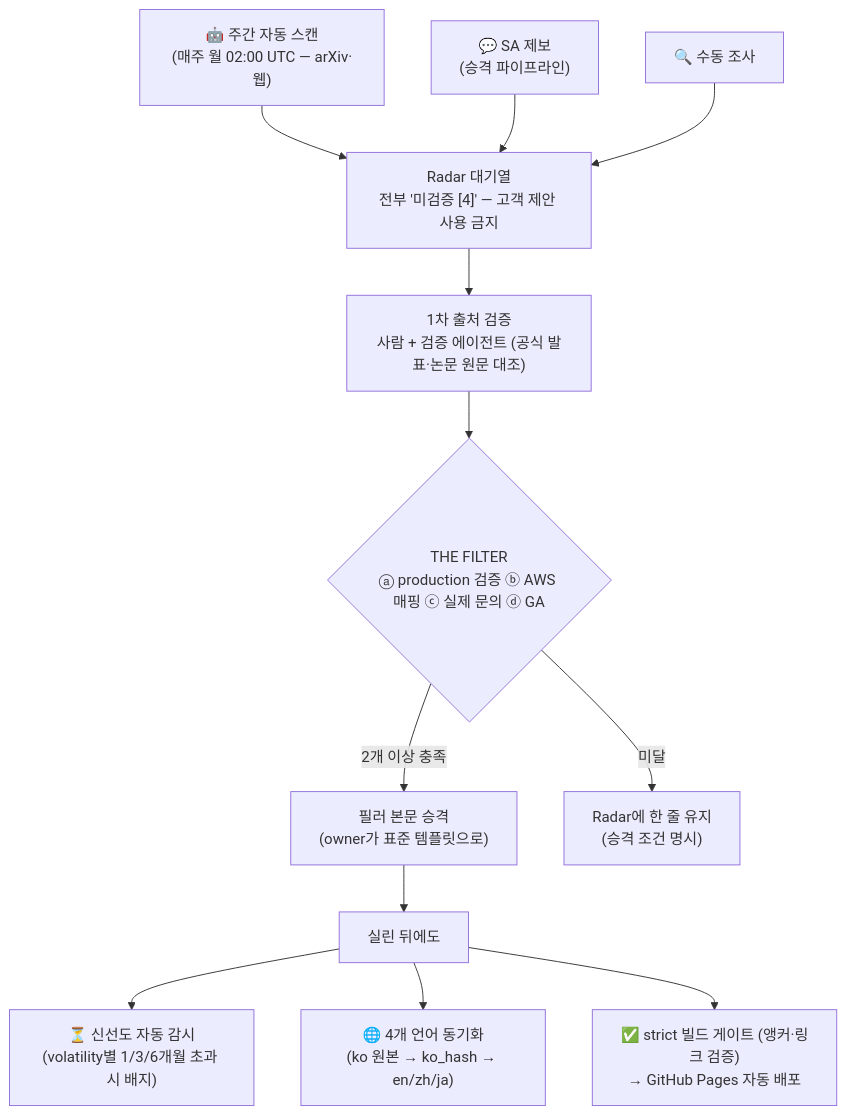
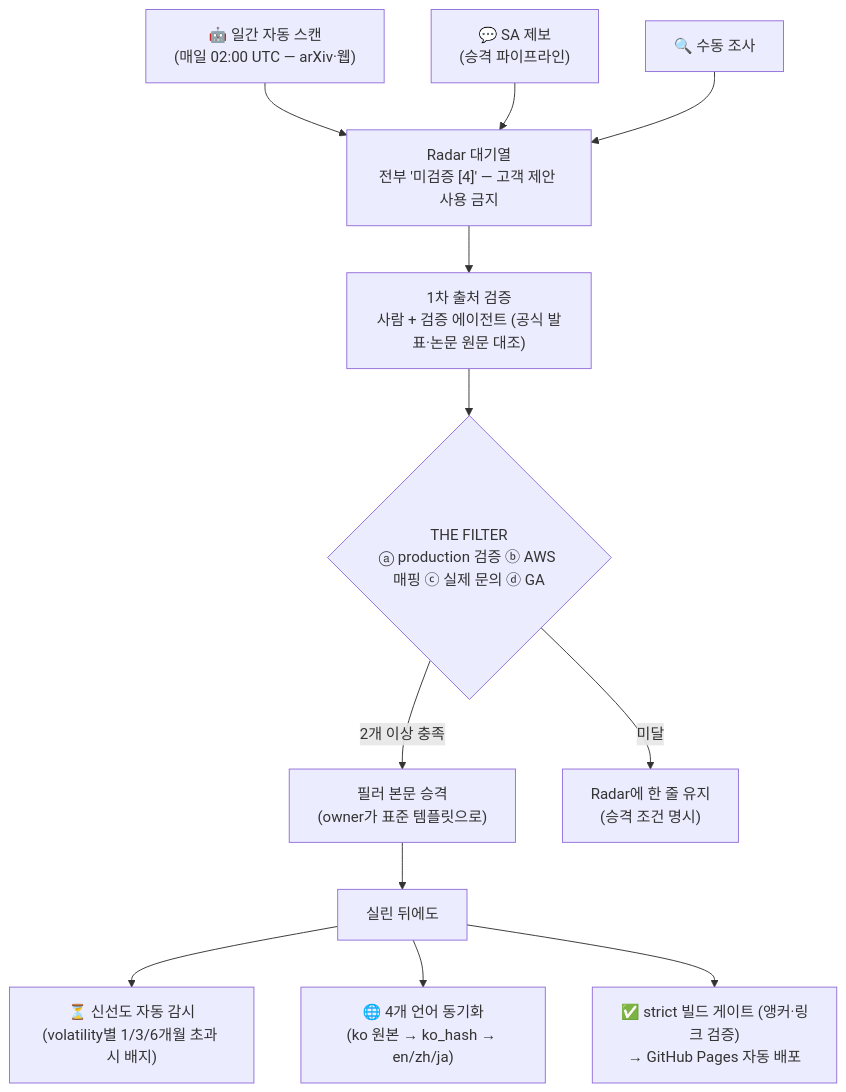
The diagram in docs/guide.md (comeddy/pai-playbook), drawn with Mermaid before and after one commit. The commit also changed other lines of this file and 4 other files, not shown here.

````diff
--- a/docs/guide.md
+++ b/docs/guide.md
@@ -12,14 +12,14 @@
 ```mermaid
 graph TD
-    A1["🤖 주간 자동 스캔<br>(매주 월 02:00 UTC — arXiv·웹)"] --> R
+    A1["🤖 일간 자동 스캔<br>(매일 02:00 UTC — arXiv·웹)"] --> R
     A2["💬 SA 제보<br>(승격 파이프라인)"] --> R
     A3[🔍 수동 조사] --> R
     R["Radar 대기열<br>전부 '미검증 [4]' — 고객 제안 사용 금지"] --> V["1차 출처 검증<br>사람 + 검증 에이전트 (공식 발표·논문 원문 대조)"]
     V --> F{"THE FILTER<br>ⓐ production 검증 ⓑ AWS 매핑 ⓒ 실제 문의 ⓓ GA"}
     F -- 2개 이상 충족 --> P["필러 본문 승격<br>(owner가 표준 템플릿으로)"]
     F -- 미달 --> K["Radar에 한 줄 유지<br>(승격 조건 명시)"]
     P --> AFTER[실린 뒤에도]
     AFTER --> M1["⏳ 신선도 자동 감시<br>(volatility별 1/3/6개월 초과 시 배지)"]
     AFTER --> M2["🌐 4개 언어 동기화<br>(ko 원본 → ko_hash → en/zh/ja)"]
     AFTER --> M3["✅ strict 빌드 게이트 (앵커·링크 검증)<br>→ GitHub Pages 자동 배포"]
 ```
````
